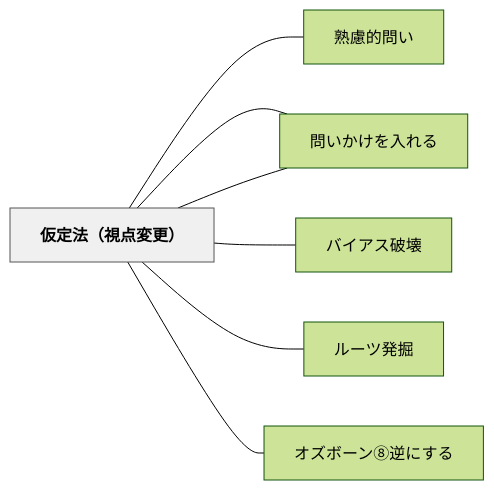
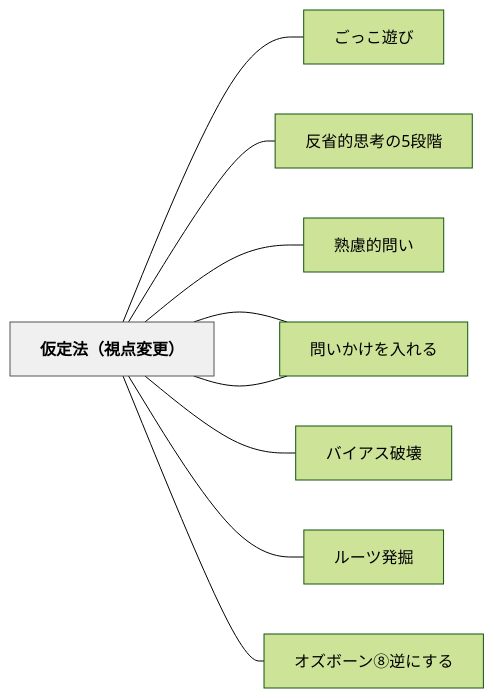
One commit to unknownthings-ed-patterns/unknownthings-ed-patterns changed the diagram in content/パタン/仮定法（視点変更）.md. Above: the diagram before and after it, drawn with Mermaid (forest theme). The commit also changed other lines of this file and 473 other files, not shown here.

````diff
--- a/content/パタン/仮定法（視点変更）.md
+++ b/content/パタン/仮定法（視点変更）.md
@@ -70,20 +72,24 @@
 ```mermaid
 flowchart LR
     ne4bbaee5ae9a["仮定法（視点変更）"]
+    ne38194e381a3["ごっこ遊び"]
+    ne58f8de79c81["反省的思考の5段階"]
     ne7869fe685ae["熟慮的問い"]
     ne5958fe38184["問いかけの見立て"]
     ne5958fe38184["問いかけを入れる"]
     ne38390e382a4["バイアス破壊"]
     ne383abe383bc["ルーツ発掘"]
     ne382aae382ba["オズボーン⑧逆にする"]
 
+    ne4bbaee5ae9a --- ne38194e381a3
+    ne4bbaee5ae9a --- ne58f8de79c81
     ne4bbaee5ae9a --- ne7869fe685ae
     ne4bbaee5ae9a --- ne5958fe38184
     ne4bbaee5ae9a --- ne5958fe38184
     ne4bbaee5ae9a --- ne38390e382a4
     ne4bbaee5ae9a --- ne383abe383bc
     ne4bbaee5ae9a --- ne382aae382ba
 
     classDef hub fill:#f0f0f0,stroke:#555,color:#000,font-weight:bold
     class ne4bbaee5ae9a hub
 ```
````
